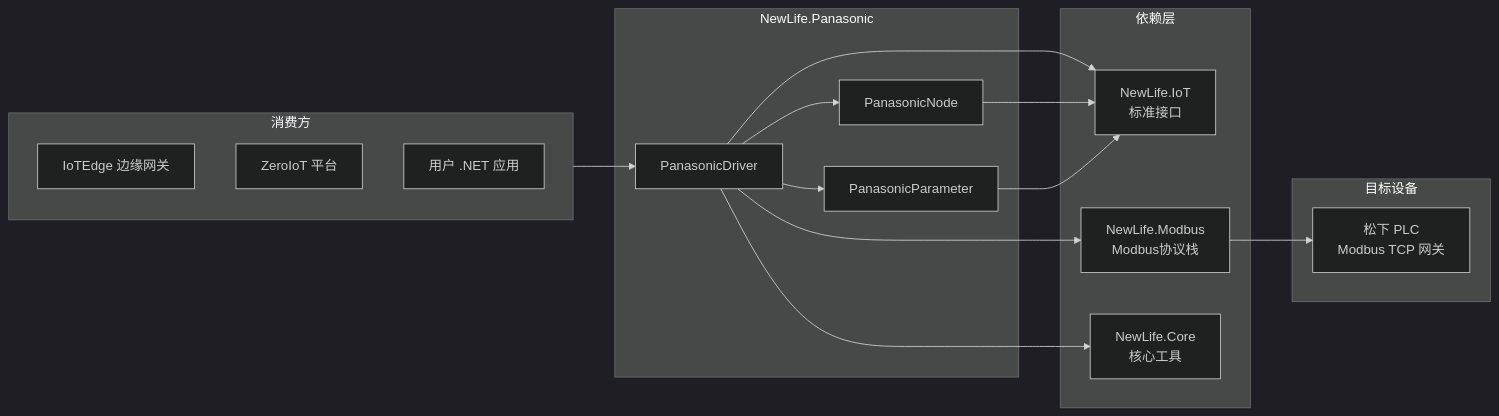
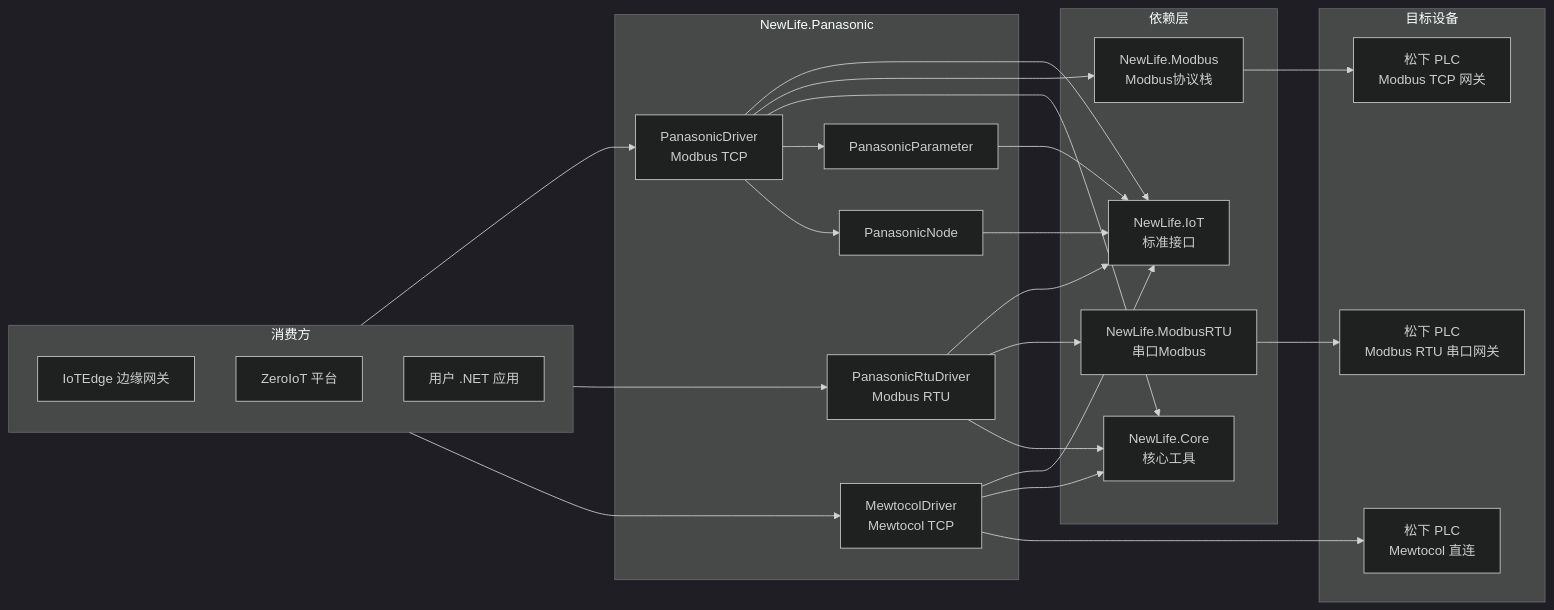
One commit to NewLifeX/NewLife.Panasonic changed the first of 3 diagrams in Doc/架构设计.md. Above: the diagram before and after it, drawn with Mermaid (dark theme). The commit also changed other lines of this file and 1 other file, not shown here.

````diff
--- a/Doc/架构设计.md
+++ b/Doc/架构设计.md
@@ -10,34 +11,48 @@
 ```mermaid
 flowchart LR
     subgraph 消费方
         IoTEdge[IoTEdge 边缘网关]
         ZeroIoT[ZeroIoT 平台]
         用户代码[用户 .NET 应用]
     end
 
     subgraph NewLife.Panasonic
-        Driver[PanasonicDriver]
+        Driver[PanasonicDriver<br/>Modbus TCP]
+        DriverRTU[PanasonicRtuDriver<br/>Modbus RTU]
+        Mewtocol[MewtocolDriver<br/>Mewtocol TCP]
         Node[PanasonicNode]
         Param[PanasonicParameter]
     end
 
     subgraph 依赖层
         NewLife.IoT[NewLife.IoT<br/>标准接口]
         NewLife.Modbus[NewLife.Modbus<br/>Modbus协议栈]
+        NewLife.ModbusRTU[NewLife.ModbusRTU<br/>串口Modbus]
         NewLife.Core[NewLife.Core<br/>核心工具]
     end
 
     subgraph 目标设备
         PLC[松下 PLC<br/>Modbus TCP 网关]
+        PLCRTU[松下 PLC<br/>Modbus RTU 串口网关]
+        PLCMew[松下 PLC<br/>Mewtocol 直连]
     end
 
     消费方 --> Driver
+    消费方 --> DriverRTU
+    消费方 --> Mewtocol
     Driver --> NewLife.IoT
     Driver --> NewLife.Modbus
     Driver --> NewLife.Core
+    DriverRTU --> NewLife.IoT
+    DriverRTU --> NewLife.ModbusRTU
+    DriverRTU --> NewLife.Core
+    Mewtocol --> NewLife.IoT
+    Mewtocol --> NewLife.Core
     Node --> NewLife.IoT
     Param --> NewLife.IoT
     Driver --> Param
     Driver --> Node
     NewLife.Modbus --> PLC
+    NewLife.ModbusRTU --> PLCRTU
+    Mewtocol --> PLCMew
 ```
````
